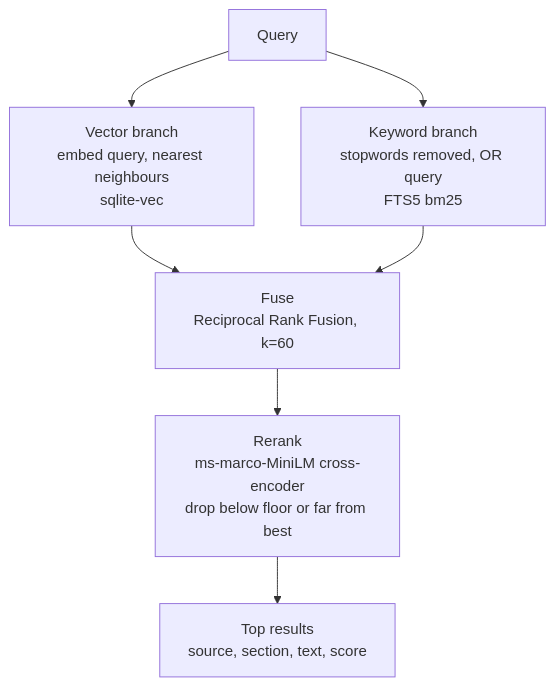
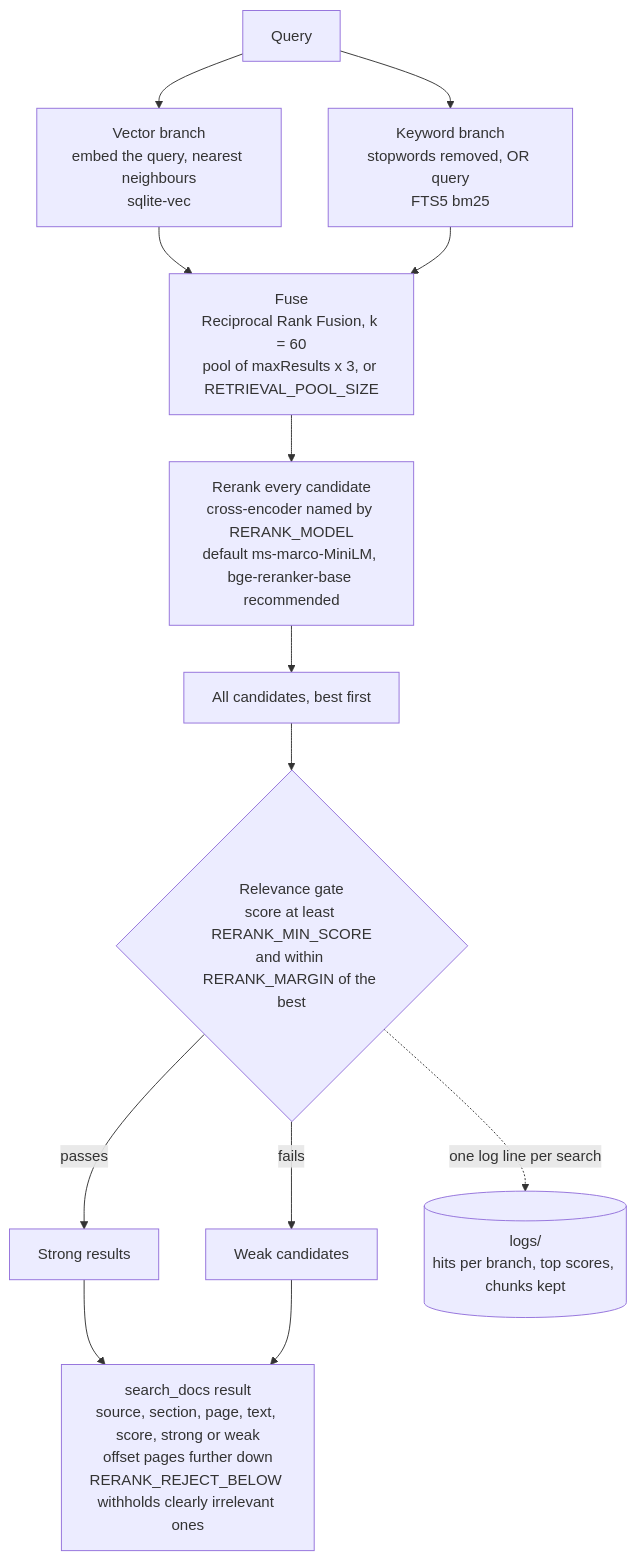
One commit to KiranMantha/AI_Exercises changed the third of 6 diagrams in langchain-langgraph-rag/README.md. Above: the diagram before and after it, drawn with Mermaid. The commit also changed other lines of this file and 2 other files, not shown here.

Commit message:
document logging, layout parsing and chat; redraw diagrams; rebuild src/docs.db

````diff
--- a/langchain-langgraph-rag/README.md
+++ b/langchain-langgraph-rag/README.md
@@ -62,9 +106,15 @@
 ```mermaid
 flowchart TD
-    Q[Query] --> V[Vector branch<br/>embed query, nearest neighbours<br/>sqlite-vec]
+    Q[Query] --> V[Vector branch<br/>embed the query, nearest neighbours<br/>sqlite-vec]
     Q --> K[Keyword branch<br/>stopwords removed, OR query<br/>FTS5 bm25]
-    V --> FU[Fuse<br/>Reciprocal Rank Fusion, k=60]
-    K --> FU
-    FU --> RR[Rerank<br/>ms-marco-MiniLM cross-encoder<br/>drop below floor or far from best]
-    RR --> OUT[Top results<br/>source, section, text, score]
+    V --> FUSE[Fuse<br/>Reciprocal Rank Fusion, k = 60<br/>pool of maxResults x 3, or RETRIEVAL_POOL_SIZE]
+    K --> FUSE
+    FUSE --> RERANK[Rerank every candidate<br/>cross-encoder named by RERANK_MODEL<br/>default ms-marco-MiniLM, bge-reranker-base recommended]
+    RERANK --> ALL[All candidates, best first]
+    ALL --> GATE{Relevance gate<br/>score at least RERANK_MIN_SCORE<br/>and within RERANK_MARGIN of the best}
+    GATE -- passes --> STRONG[Strong results]
+    GATE -- fails --> WEAK[Weak candidates]
+    STRONG --> OUT[search_docs result<br/>source, section, page, text, score, strong or weak<br/>offset pages further down<br/>RERANK_REJECT_BELOW withholds clearly irrelevant ones]
+    WEAK --> OUT
+    GATE -. one log line per search .-> LOG[(logs/<br/>hits per branch, top scores, chunks kept)]
 ```
````
